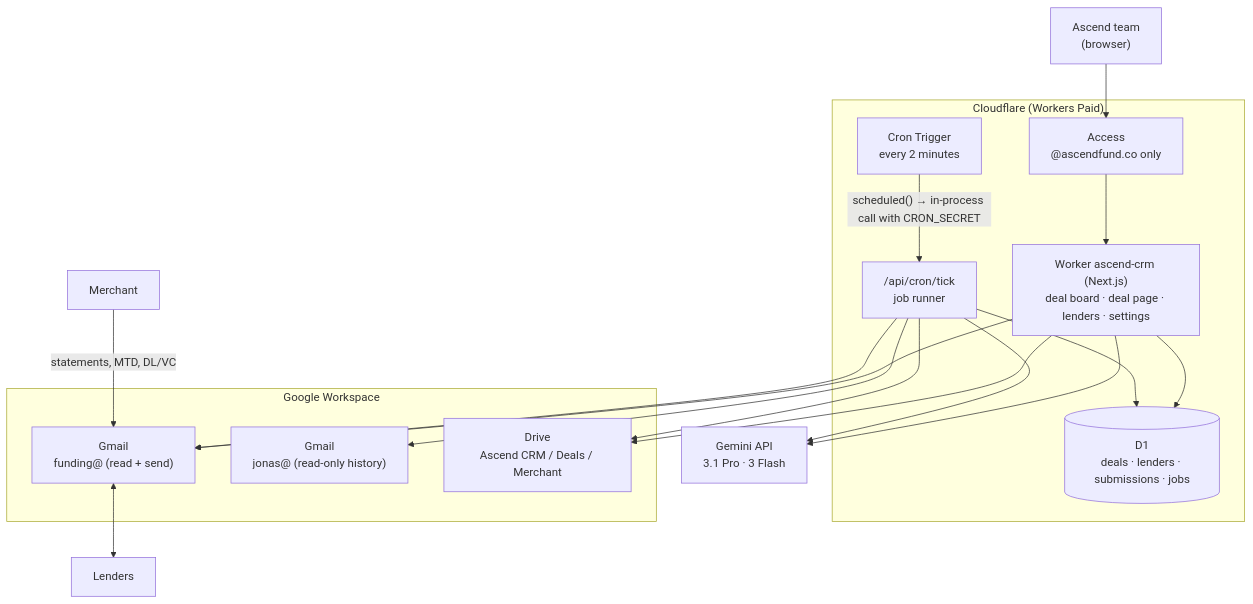
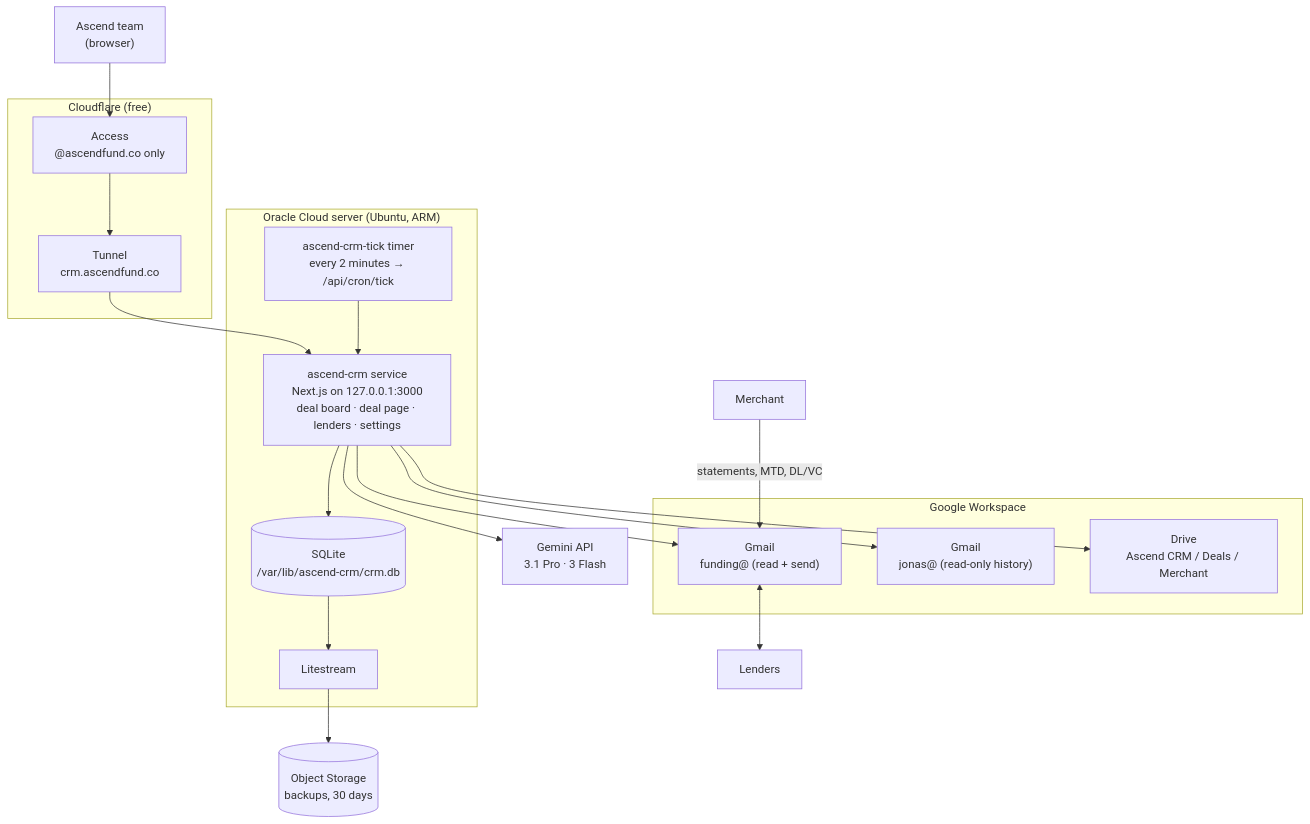
The first of 10 diagrams in docs/ARCHITECTURE.md (dewil95/tutos1), drawn with Mermaid before and after one commit. The commit also changed other lines of this file and 51 other files, not shown here.

````diff
--- a/docs/ARCHITECTURE.md
+++ b/docs/ARCHITECTURE.md
@@ -11,33 +13,39 @@
 ```mermaid
 flowchart TB
   team["Ascend team<br/>(browser)"]
 
-  subgraph cf["Cloudflare (Workers Paid)"]
+  subgraph cf["Cloudflare (free)"]
     access["Access<br/>@ascendfund.co only"]
-    app["Worker ascend-crm (Next.js)<br/>deal board · deal page · lenders · settings"]
-    cron["Cron Trigger<br/>every 2 minutes"]
-    tick["/api/cron/tick<br/>job runner"]
-    db[("D1<br/>deals · lenders · submissions · jobs")]
+    tunnel["Tunnel<br/>crm.ascendfund.co"]
   end
+
+  subgraph oci["Oracle Cloud server (Ubuntu, ARM)"]
+    app["ascend-crm service<br/>Next.js on 127.0.0.1:3000<br/>deal board · deal page · lenders · settings"]
+    timer["ascend-crm-tick timer<br/>every 2 minutes → /api/cron/tick"]
+    db[("SQLite<br/>/var/lib/ascend-crm/crm.db")]
+    ls["Litestream"]
+  end
+
+  bucket[("Object Storage<br/>backups, 30 days")]
 
   subgraph google["Google Workspace"]
     gmail["Gmail<br/>funding@ (read + send)"]
     hist["Gmail<br/>jonas@ (read-only history)"]
     drive["Drive<br/>Ascend CRM / Deals / Merchant"]
   end
 
   gemini["Gemini API<br/>3.1 Pro · 3 Flash"]
   lenders["Lenders"]
   merchant["Merchant"]
 
-  team --> access --> app
+  team --> access --> tunnel --> app
+  timer --> app
   app --> db
-  cron -- "scheduled() → in-process call with CRON_SECRET" --> tick
-  tick --> db
-  app & tick --> gmail
-  tick --> hist
-  app & tick --> drive
-  app & tick --> gemini
+  db --> ls --> bucket
+  app --> gmail
+  app --> hist
+  app --> drive
+  app --> gemini
   gmail <--> lenders
   merchant -- "statements, MTD, DL/VC" --> gmail
 ```
````
